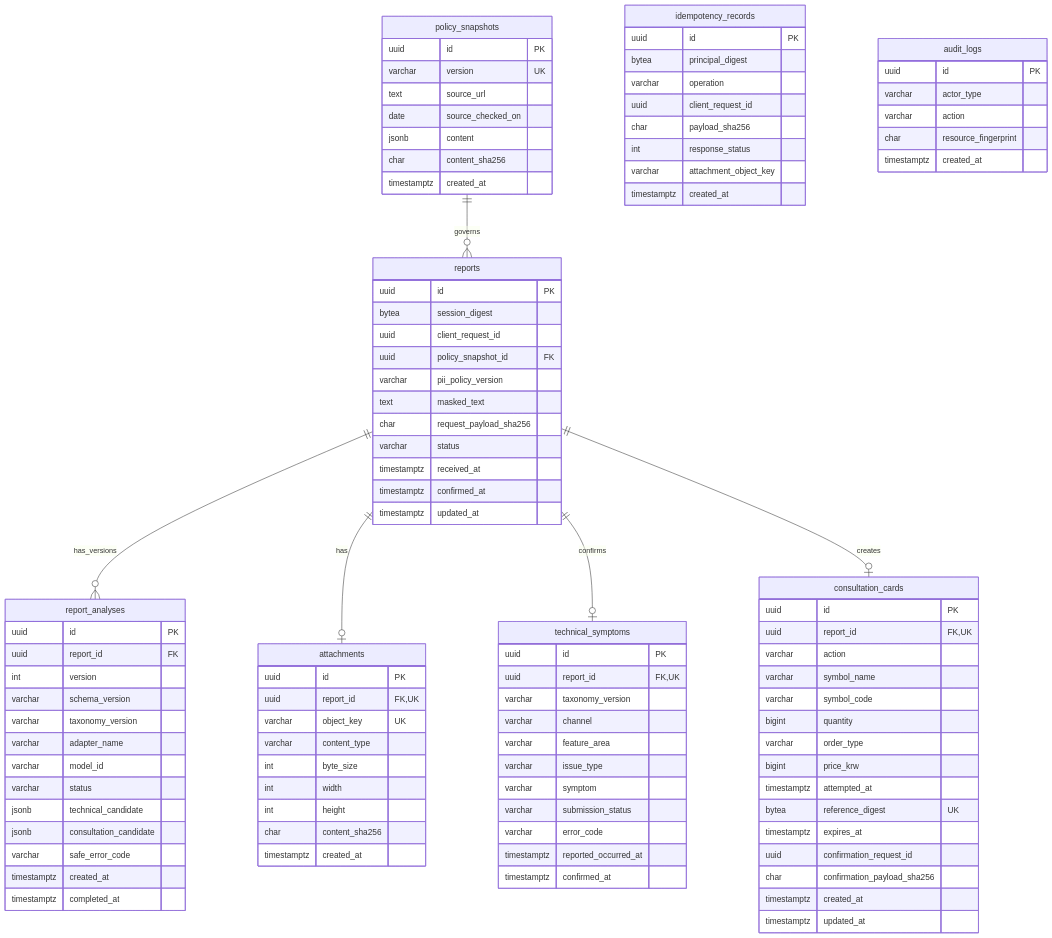
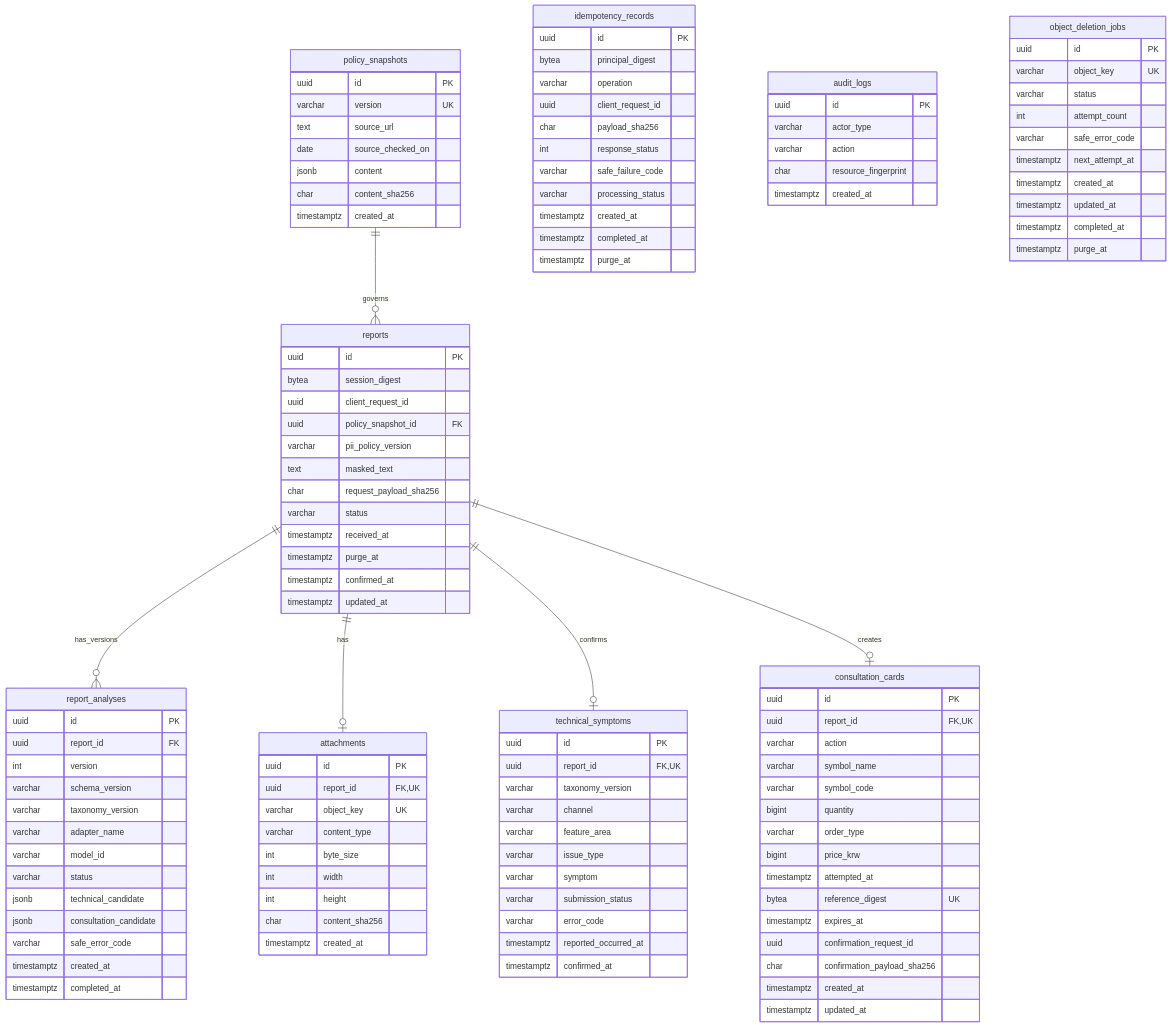
The second of 2 diagrams in backend/docs/erd.md (AI-Challenge-Git/AI_Challenge), drawn with Mermaid before and after one commit. The commit also changed other lines of this file and 16 other files, not shown here.

````diff
--- a/backend/docs/erd.md
+++ b/backend/docs/erd.md
@@ -50,6 +50,7 @@
         char request_payload_sha256
         varchar status
         timestamptz received_at
+        timestamptz purge_at
         timestamptz confirmed_at
         timestamptz updated_at
     }
@@ -121,8 +122,11 @@
         uuid client_request_id
         char payload_sha256
         int response_status
-        varchar attachment_object_key
+        varchar safe_failure_code
+        varchar processing_status
         timestamptz created_at
+        timestamptz completed_at
+        timestamptz purge_at
     }
 
     audit_logs {
@@ -132,4 +136,17 @@
         char resource_fingerprint
         timestamptz created_at
     }
+
+    object_deletion_jobs {
+        uuid id PK
+        varchar object_key UK
+        varchar status
+        int attempt_count
+        varchar safe_error_code
+        timestamptz next_attempt_at
+        timestamptz created_at
+        timestamptz updated_at
+        timestamptz completed_at
+        timestamptz purge_at
+    }
 ```
````
